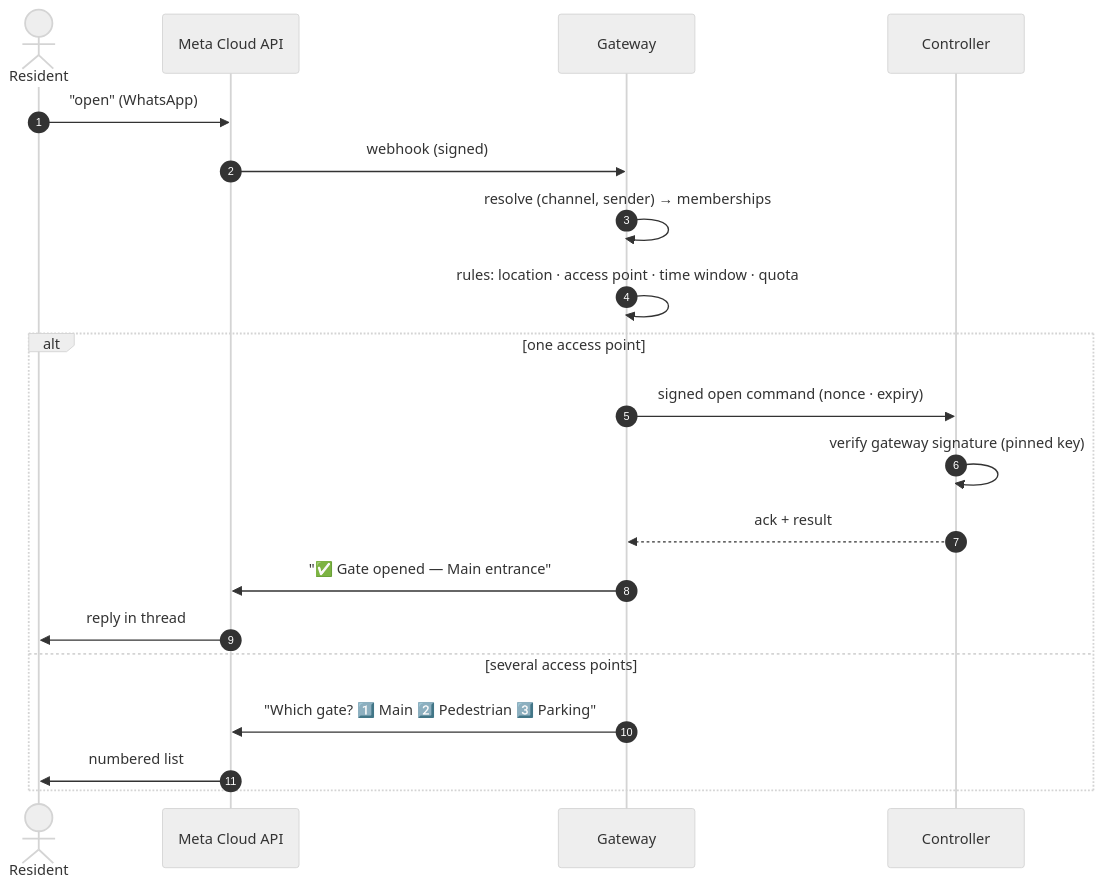
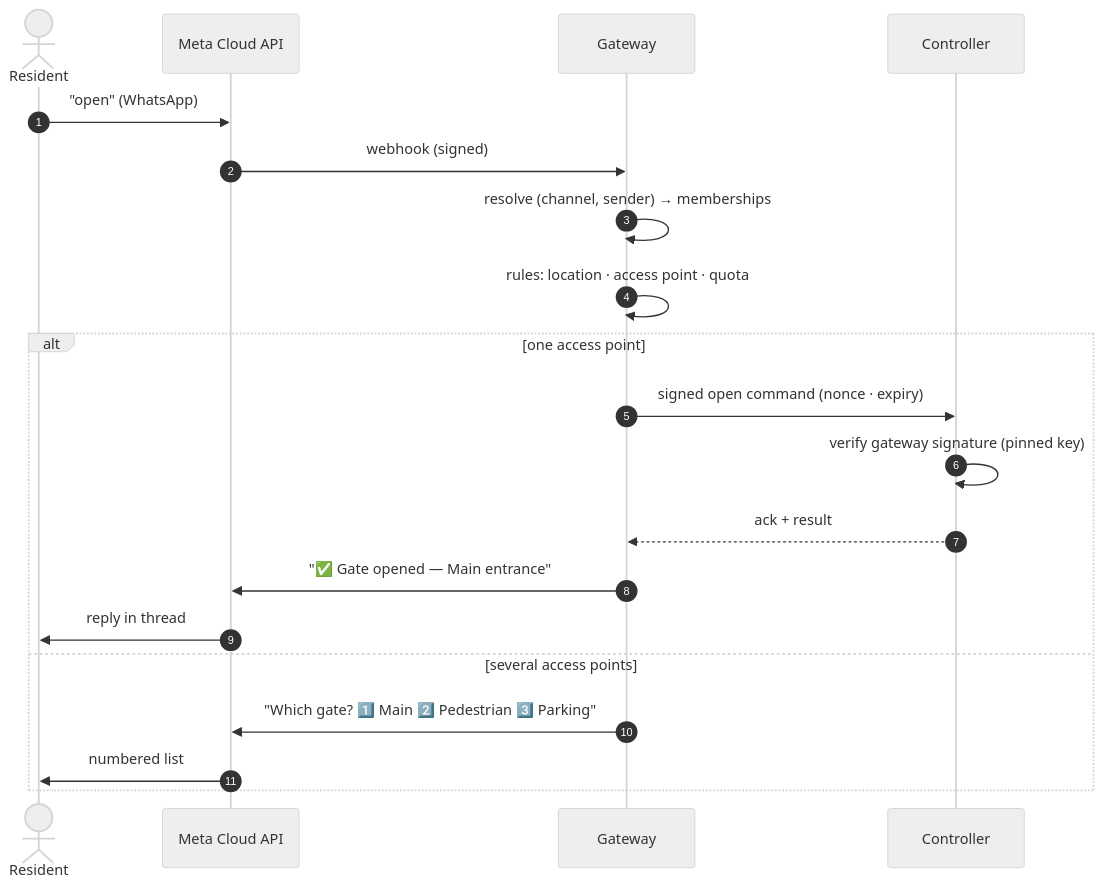
Before and after one commit to vul-os/whatsacc: the second of 3 diagrams in ARCHITECTURE.md, drawn with Mermaid (neutral theme). The commit also changed other lines of this file and 26 other files, not shown here.

````diff
--- a/ARCHITECTURE.md
+++ b/ARCHITECTURE.md
@@ -115,22 +115,22 @@
 ```mermaid
 sequenceDiagram
     autonumber
     actor R as Resident
     participant M as Meta Cloud API
     participant GW as Gateway
     participant C as Controller
     R->>M: "open" (WhatsApp)
     M->>GW: webhook (signed)
     GW->>GW: resolve (channel, sender) → memberships
-    GW->>GW: rules: location · access point · time window · quota
+    GW->>GW: rules: location · access point · quota
     alt one access point
         GW->>C: signed open command (nonce · expiry)
         C->>C: verify gateway signature (pinned key)
         C-->>GW: ack + result
         GW->>M: "✅ Gate opened — Main entrance"
         M->>R: reply in thread
     else several access points
         GW->>M: "Which gate? 1️⃣ Main 2️⃣ Pedestrian 3️⃣ Parking"
         M->>R: numbered list
     end
 ```
````
